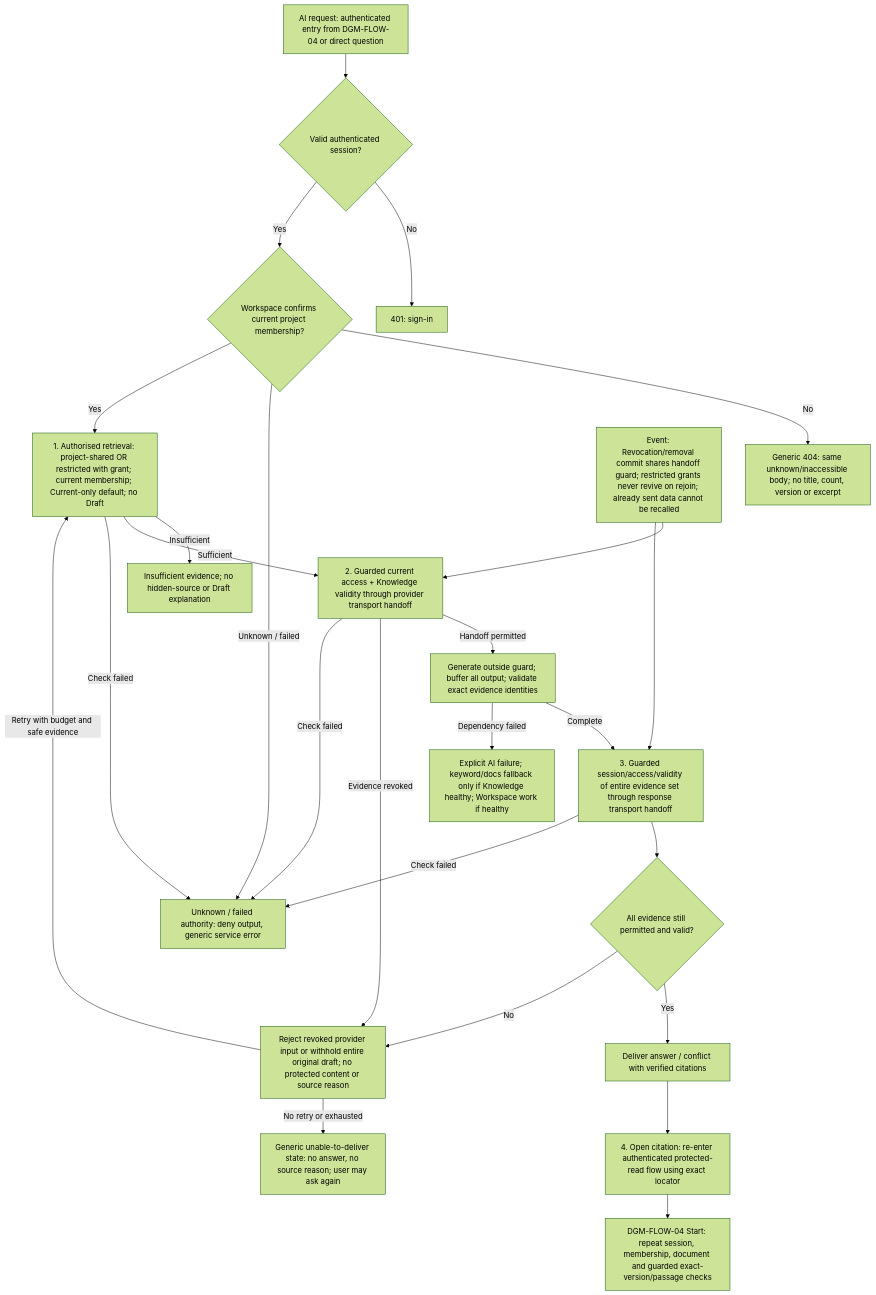
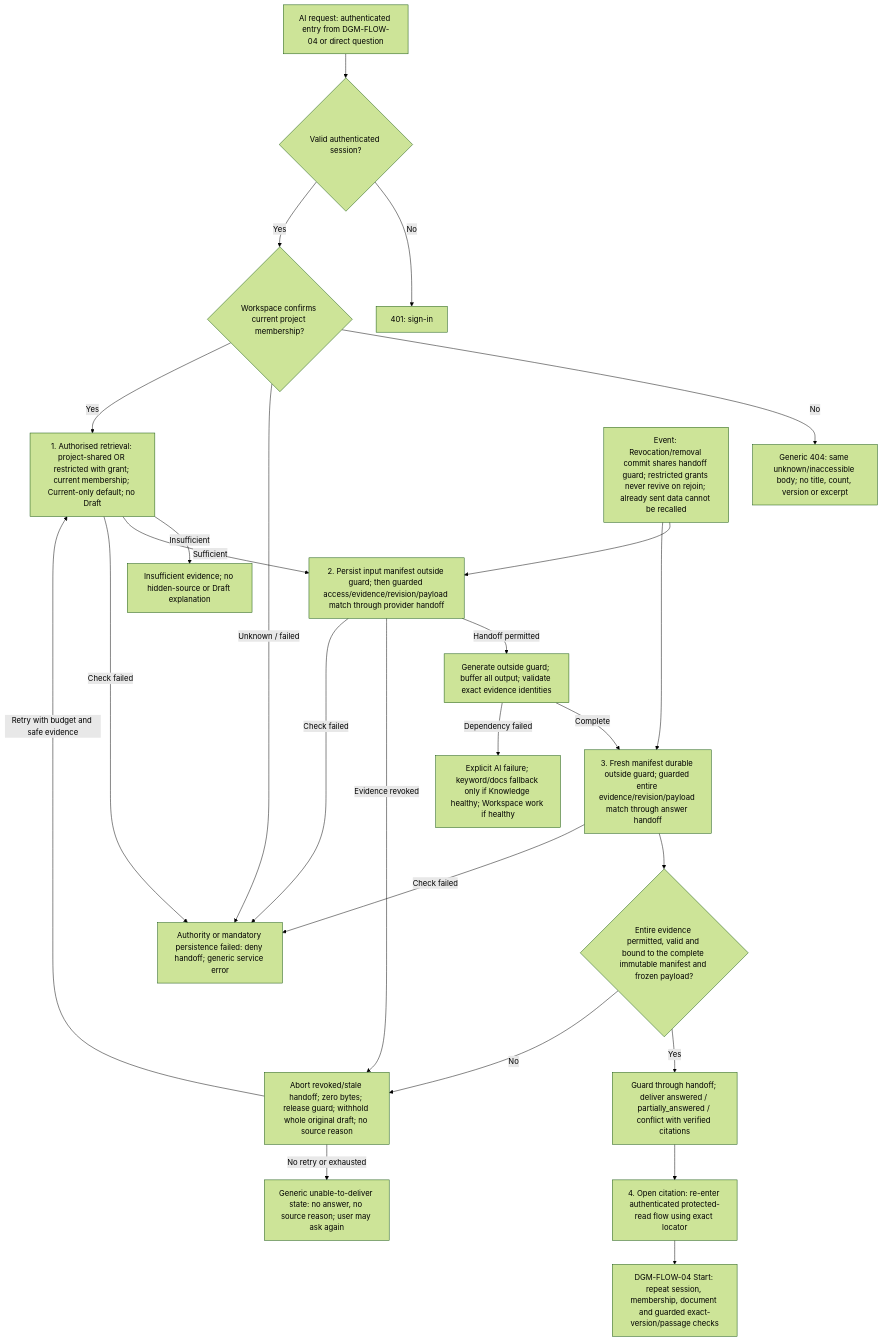
Before and after one commit to 900M100CK/scrum-workspace-KMS-ai: the diagram in docs/sdlc/diagrams/flowchart/permission-ai-checkpoints.mmd, drawn with Mermaid (forest theme). The commit also changed 195 other files, not shown here.

First line of the commit message:
docs: reconcile design diagrams, contracts and review evidence

```diff
--- a/docs/sdlc/diagrams/flowchart/permission-ai-checkpoints.mmd
+++ b/docs/sdlc/diagrams/flowchart/permission-ai-checkpoints.mmd
@@ -1,49 +1,49 @@
-%% DGM-FLOW-05 v0.2 Draft - 14 October 2026
-%% Origin: docs/ux/permission-matrix.md v0.4
-%% Sources: PRD-01 v0.5; UC-02 v0.3; SAD-03 v0.7; ADR-0007/0009/0011; OpenAPI v0.2.0
+%% Origin: docs/ux/permission-matrix.md v0.6
+%% DGM-FLOW-05 v0.4 Draft - 17 October 2026
+%% Sources: UX-PERM-MATRIX-02 v0.6; PRD-01 v0.9; UC-02 v0.6; SAD-03 v0.12; ADR-0006; ADR-0007; ADR-0009; ADR-0011; ADR-0012; ADR-0013; ADR-0015; ADR-0017
 %% Trace: FR-01, FR-03-FR-04, FR-14, FR-19-FR-21, FR-28-FR-29, FR-39, FR-46, FR-55, FR-59, FR-61, FR-68; SC-05, SC-06
 %% Scope: four AI checkpoints; SourceFlow returns to DGM-FLOW-04 Start, repeating session/project/document checks. Authority and transport boundaries remain Proposed; no runtime evidence.
 flowchart TD
     Start["AI request: authenticated entry from DGM-FLOW-04 or direct question"]
     Session{"Valid authenticated session?"}
     Login["401: sign-in"]
     Member{"Workspace confirms current project membership?"}
     NotFound["Generic 404: same unknown/inaccessible body; no title, count, version or excerpt"]
-    Authority["Unknown / failed authority: deny output, generic service error"]
+    Authority["Authority or mandatory persistence failed: deny handoff; generic service error"]
     QRead["1. Authorised retrieval: project-shared OR restricted with grant; current membership; Current-only default; no Draft"]
-    PreModel["2. Guarded current access + Knowledge validity through provider transport handoff"]
+    PreModel["2. Persist input manifest outside guard; then guarded access/evidence/revision/payload match through provider handoff"]
     Buffer["Generate outside guard; buffer all output; validate exact evidence identities"]
-    PreAnswer["3. Guarded session/access/validity of entire evidence set through response transport handoff"]
-    Valid{"All evidence still permitted and valid?"}
-    Answer["Deliver answer / conflict with verified citations"]
-    Withhold["Reject revoked provider input or withhold entire original draft; no protected content or source reason"]
+    PreAnswer["3. Fresh manifest durable outside guard; guarded entire evidence/revision/payload match through answer handoff"]
+    Valid{"Entire evidence permitted, valid and bound to the complete immutable manifest and frozen payload?"}
+    Answer["Guard through handoff; deliver answered / partially_answered / conflict with verified citations"]
+    Withhold["Abort revoked/stale handoff; zero bytes; release guard; withhold whole original draft; no source reason"]
     Citation["4. Open citation: re-enter authenticated protected-read flow using exact locator"]
     SourceFlow["DGM-FLOW-04 Start: repeat session, membership, document and guarded exact-version/passage checks"]
     Insufficient["Insufficient evidence; no hidden-source or Draft explanation"]
     Failure["Explicit AI failure; keyword/docs fallback only if Knowledge healthy; Workspace work if healthy"]
     Unable["Generic unable-to-deliver state: no answer, no source reason; user may ask again"]
     Boundary["Event: Revocation/removal commit shares handoff guard; restricted grants never revive on rejoin; already sent data cannot be recalled"]
     Start --> Session
     Session -->|No| Login
     Session -->|Yes| Member
     Member -->|No| NotFound
     Member -->|Unknown / failed| Authority
     Member -->|Yes| QRead
     QRead -->|Insufficient| Insufficient
     QRead -->|Sufficient| PreModel
     QRead -->|Check failed| Authority
     PreModel -->|Handoff permitted| Buffer
     PreModel -->|Evidence revoked| Withhold
     PreModel -->|Check failed| Authority
     Buffer -->|Complete| PreAnswer
     Buffer -->|Dependency failed| Failure
     PreAnswer --> Valid
     PreAnswer -->|Check failed| Authority
     Valid -->|Yes| Answer
     Valid -->|No| Withhold
     Withhold -->|Retry with budget and safe evidence| QRead
     Withhold -->|No retry or exhausted| Unable
     Answer --> Citation
     Citation --> SourceFlow
     Boundary --> PreModel
     Boundary --> PreAnswer
```
